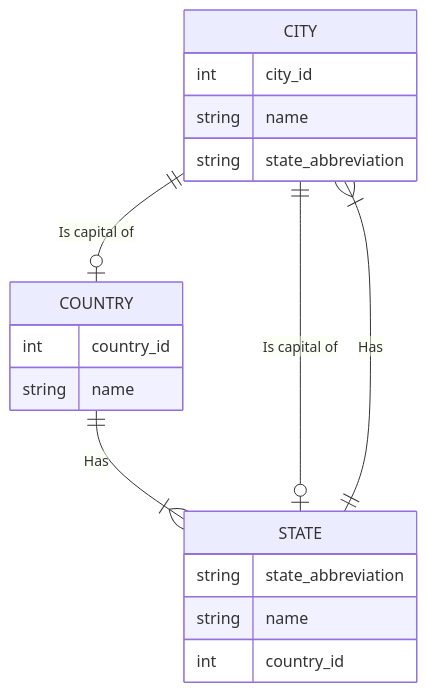
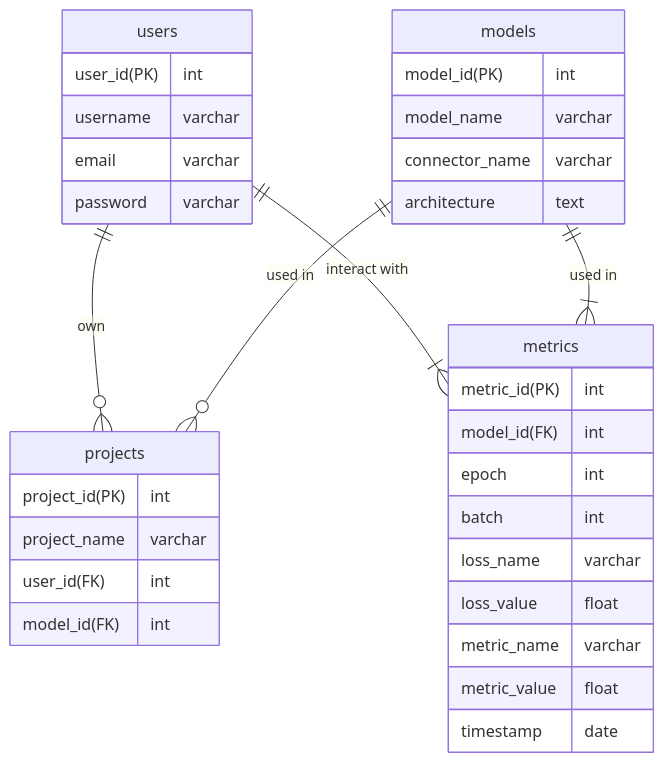
One commit to mactat/prevue changed the second of 3 diagrams in README.md. Above: the diagram before and after it, drawn with Mermaid. The commit also changed other lines of this file and 7 other files, not shown here.

````diff
--- a/README.md
+++ b/README.md
@@ -37,21 +41,40 @@
 ```mermaid
 erDiagram
-    CITY {
-        int city_id
-        string name
-        string state_abbreviation
+    users {
+        user_id(PK) int
+        username  varchar
+        email  varchar
+        password  varchar
     }
-    STATE {
-        string state_abbreviation
-        string name
-        int country_id
+  
+    projects {
+        project_id(PK)  int
+        project_name  varchar
+        user_id(FK)  int
+        model_id(FK)  int
     }
-    COUNTRY {
-        int country_id
-        string name
+
+    models {
+        model_id(PK)  int
+        model_name varchar
+        connector_name varchar
+        architecture text
     }
-    COUNTRY ||--|{ STATE : "Has"
-    STATE ||--|{ CITY : "Has"
-    CITY ||--o| STATE : "Is capital of"
-    CITY ||--o| COUNTRY : "Is capital of"
+  
+    metrics {
+        metric_id(PK) int
+        model_id(FK) int
+        epoch int
+        batch int
+        loss_name  varchar
+        loss_value  float
+        metric_name  varchar
+        metric_value  float
+        timestamp  date
+    }
+    
+    users ||--o{ projects : "own"
+    users ||--|{ metrics : "interact with"
+    models ||--o{ projects : "used in"
+    models ||--|{ metrics : "used in"
 ```
````
